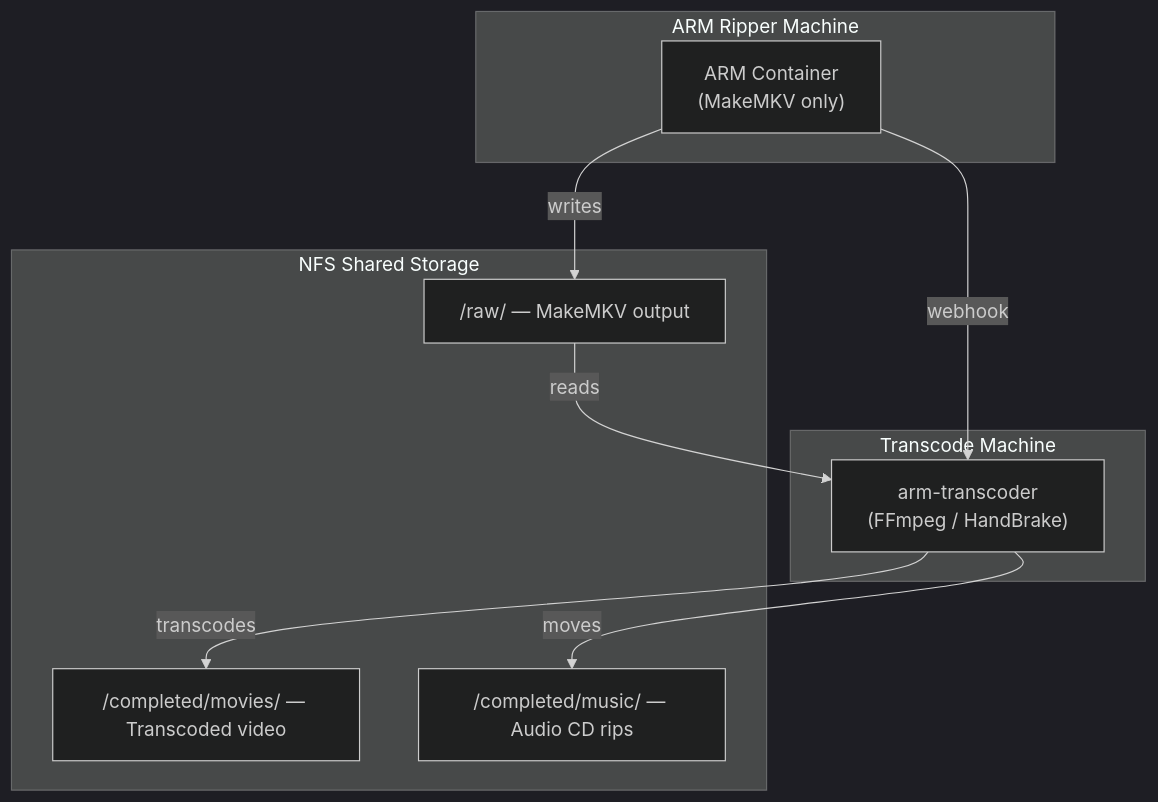
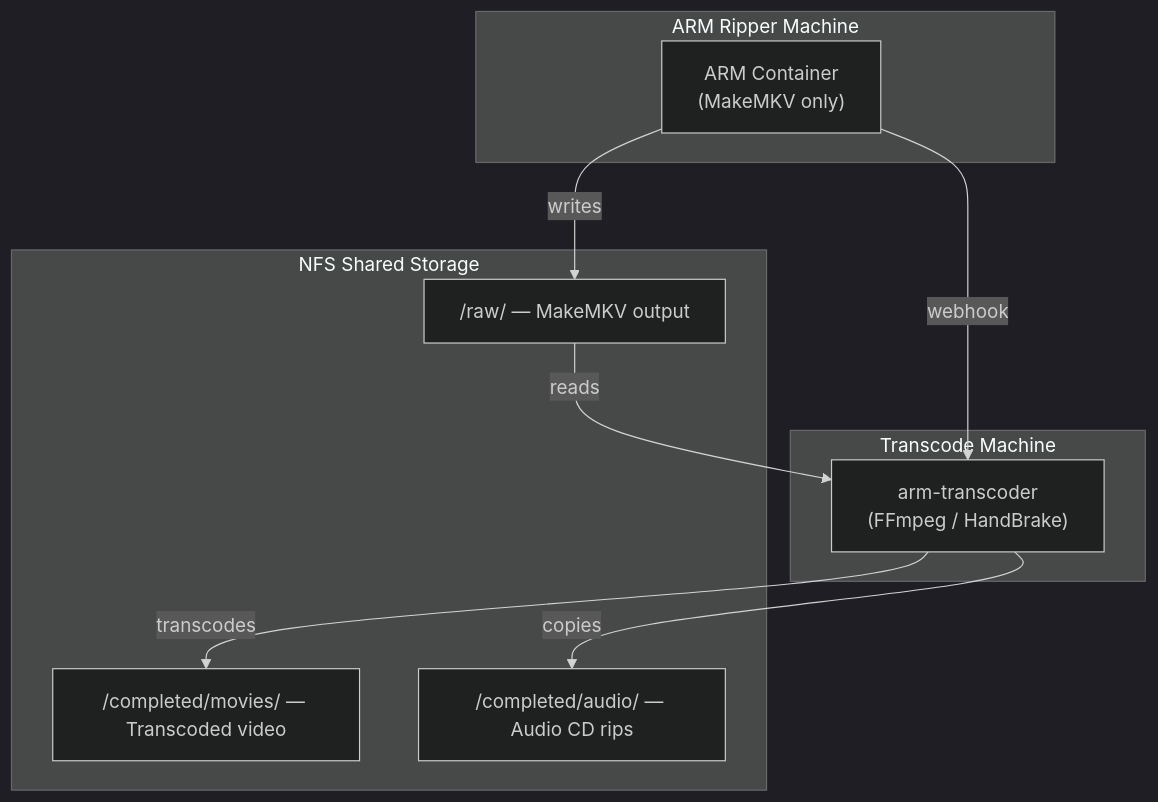
The diagram in README.md (uprightbass360/automatic-ripping-machine-transcoder), drawn with Mermaid (dark theme) before and after one commit. The commit also changed other lines of this file and 7 other files, not shown here.

First line of the commit message:
refactor: Rename music to audio, add TV show detection

````diff
--- a/README.md
+++ b/README.md
@@ -38,22 +38,22 @@
 ```mermaid
 flowchart TB
     subgraph ripper["ARM Ripper Machine"]
         ARM["ARM Container<br/>(MakeMKV only)"]
     end
 
     subgraph transcoder["Transcode Machine"]
         TC["arm-transcoder<br/>(FFmpeg / HandBrake)"]
     end
 
     subgraph nfs["NFS Shared Storage"]
         RAW["/raw/ — MakeMKV output"]
         DONE["/completed/movies/ — Transcoded video"]
-        MUSIC["/completed/music/ — Audio CD rips"]
+        AUDIO["/completed/audio/ — Audio CD rips"]
     end
 
     ARM -- "webhook" --> TC
     ARM -- "writes" --> RAW
     RAW -- "reads" --> TC
     TC -- "transcodes" --> DONE
-    TC -- "moves" --> MUSIC
+    TC -- "copies" --> AUDIO
 ```
````
